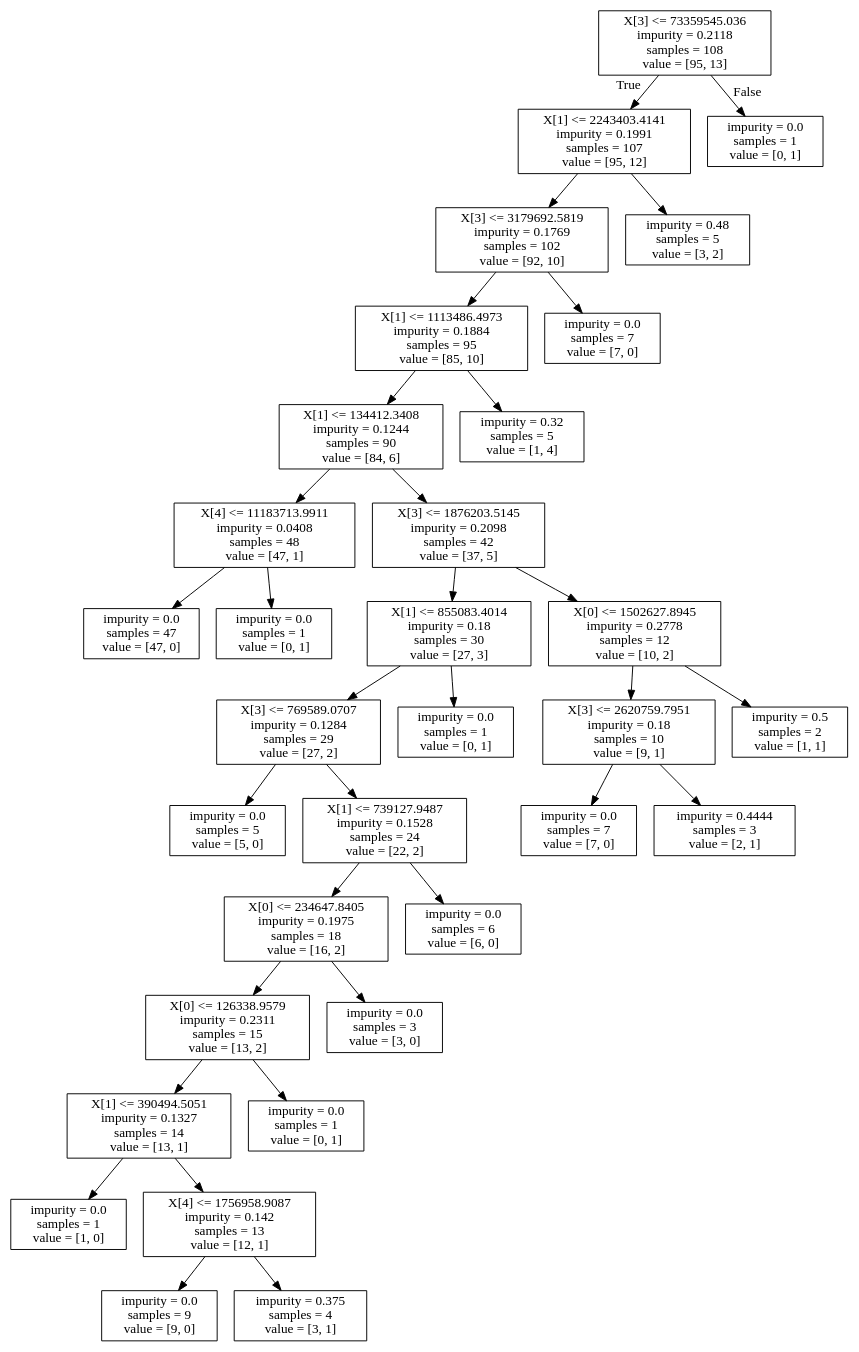
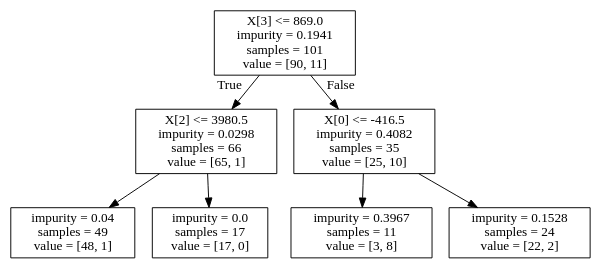
Before and after one commit to 808sAndBR/Data_Analyst_Nanodegree: the diagram in Project5/ud120-projects/final_project/tuned_tree.dot, drawn with Graphviz. The commit also changed 2 other files, not shown here.

```diff
--- a/Project5/ud120-projects/final_project/tuned_tree.dot
+++ b/Project5/ud120-projects/final_project/tuned_tree.dot
@@ -1,68 +1,16 @@
 digraph Tree {
 node [shape=box] ;
-0 [label="X[3] <= 73359545.036\nimpurity = 0.2118\nsamples = 108\nvalue = [95, 13]"] ;
-1 [label="X[1] <= 2243403.4141\nimpurity = 0.1991\nsamples = 107\nvalue = [95, 12]"] ;
+0 [label="X[3] <= 869.0\nimpurity = 0.1941\nsamples = 101\nvalue = [90, 11]"] ;
+1 [label="X[2] <= 3980.5\nimpurity = 0.0298\nsamples = 66\nvalue = [65, 1]"] ;
 0 -> 1 [labeldistance=2.5, labelangle=45, headlabel="True"] ;
-2 [label="X[3] <= 3179692.5819\nimpurity = 0.1769\nsamples = 102\nvalue = [92, 10]"] ;
+2 [label="impurity = 0.04\nsamples = 49\nvalue = [48, 1]"] ;
 1 -> 2 ;
-3 [label="X[1] <= 1113486.4973\nimpurity = 0.1884\nsamples = 95\nvalue = [85, 10]"] ;
-2 -> 3 ;
-4 [label="X[1] <= 134412.3408\nimpurity = 0.1244\nsamples = 90\nvalue = [84, 6]"] ;
-3 -> 4 ;
-5 [label="X[4] <= 11183713.9911\nimpurity = 0.0408\nsamples = 48\nvalue = [47, 1]"] ;
+3 [label="impurity = 0.0\nsamples = 17\nvalue = [17, 0]"] ;
+1 -> 3 ;
+4 [label="X[0] <= -416.5\nimpurity = 0.4082\nsamples = 35\nvalue = [25, 10]"] ;
+0 -> 4 [labeldistance=2.5, labelangle=-45, headlabel="False"] ;
+5 [label="impurity = 0.3967\nsamples = 11\nvalue = [3, 8]"] ;
 4 -> 5 ;
-6 [label="impurity = 0.0\nsamples = 47\nvalue = [47, 0]"] ;
-5 -> 6 ;
-7 [label="impurity = 0.0\nsamples = 1\nvalue = [0, 1]"] ;
-5 -> 7 ;
-8 [label="X[3] <= 1876203.5145\nimpurity = 0.2098\nsamples = 42\nvalue = [37, 5]"] ;
-4 -> 8 ;
-9 [label="X[1] <= 855083.4014\nimpurity = 0.18\nsamples = 30\nvalue = [27, 3]"] ;
-8 -> 9 ;
-10 [label="X[3] <= 769589.0707\nimpurity = 0.1284\nsamples = 29\nvalue = [27, 2]"] ;
-9 -> 10 ;
-11 [label="impurity = 0.0\nsamples = 5\nvalue = [5, 0]"] ;
-10 -> 11 ;
-12 [label="X[1] <= 739127.9487\nimpurity = 0.1528\nsamples = 24\nvalue = [22, 2]"] ;
-10 -> 12 ;
-13 [label="X[0] <= 234647.8405\nimpurity = 0.1975\nsamples = 18\nvalue = [16, 2]"] ;
-12 -> 13 ;
-14 [label="X[0] <= 126338.9579\nimpurity = 0.2311\nsamples = 15\nvalue = [13, 2]"] ;
-13 -> 14 ;
-15 [label="X[1] <= 390494.5051\nimpurity = 0.1327\nsamples = 14\nvalue = [13, 1]"] ;
-14 -> 15 ;
-16 [label="impurity = 0.0\nsamples = 1\nvalue = [1, 0]"] ;
-15 -> 16 ;
-17 [label="X[4] <= 1756958.9087\nimpurity = 0.142\nsamples = 13\nvalue = [12, 1]"] ;
-15 -> 17 ;
-18 [label="impurity = 0.0\nsamples = 9\nvalue = [9, 0]"] ;
-17 -> 18 ;
-19 [label="impurity = 0.375\nsamples = 4\nvalue = [3, 1]"] ;
-17 -> 19 ;
-20 [label="impurity = 0.0\nsamples = 1\nvalue = [0, 1]"] ;
-14 -> 20 ;
-21 [label="impurity = 0.0\nsamples = 3\nvalue = [3, 0]"] ;
-13 -> 21 ;
-22 [label="impurity = 0.0\nsamples = 6\nvalue = [6, 0]"] ;
-12 -> 22 ;
-23 [label="impurity = 0.0\nsamples = 1\nvalue = [0, 1]"] ;
-9 -> 23 ;
-24 [label="X[0] <= 1502627.8945\nimpurity = 0.2778\nsamples = 12\nvalue = [10, 2]"] ;
-8 -> 24 ;
-25 [label="X[3] <= 2620759.7951\nimpurity = 0.18\nsamples = 10\nvalue = [9, 1]"] ;
-24 -> 25 ;
-26 [label="impurity = 0.0\nsamples = 7\nvalue = [7, 0]"] ;
-25 -> 26 ;
-27 [label="impurity = 0.4444\nsamples = 3\nvalue = [2, 1]"] ;
-25 -> 27 ;
-28 [label="impurity = 0.5\nsamples = 2\nvalue = [1, 1]"] ;
-24 -> 28 ;
-29 [label="impurity = 0.32\nsamples = 5\nvalue = [1, 4]"] ;
-3 -> 29 ;
-30 [label="impurity = 0.0\nsamples = 7\nvalue = [7, 0]"] ;
-2 -> 30 ;
-31 [label="impurity = 0.48\nsamples = 5\nvalue = [3, 2]"] ;
-1 -> 31 ;
-32 [label="impurity = 0.0\nsamples = 1\nvalue = [0, 1]"] ;
-0 -> 32 [labeldistance=2.5, labelangle=-45, headlabel="False"] ;
+6 [label="impurity = 0.1528\nsamples = 24\nvalue = [22, 2]"] ;
+4 -> 6 ;
 }
```
